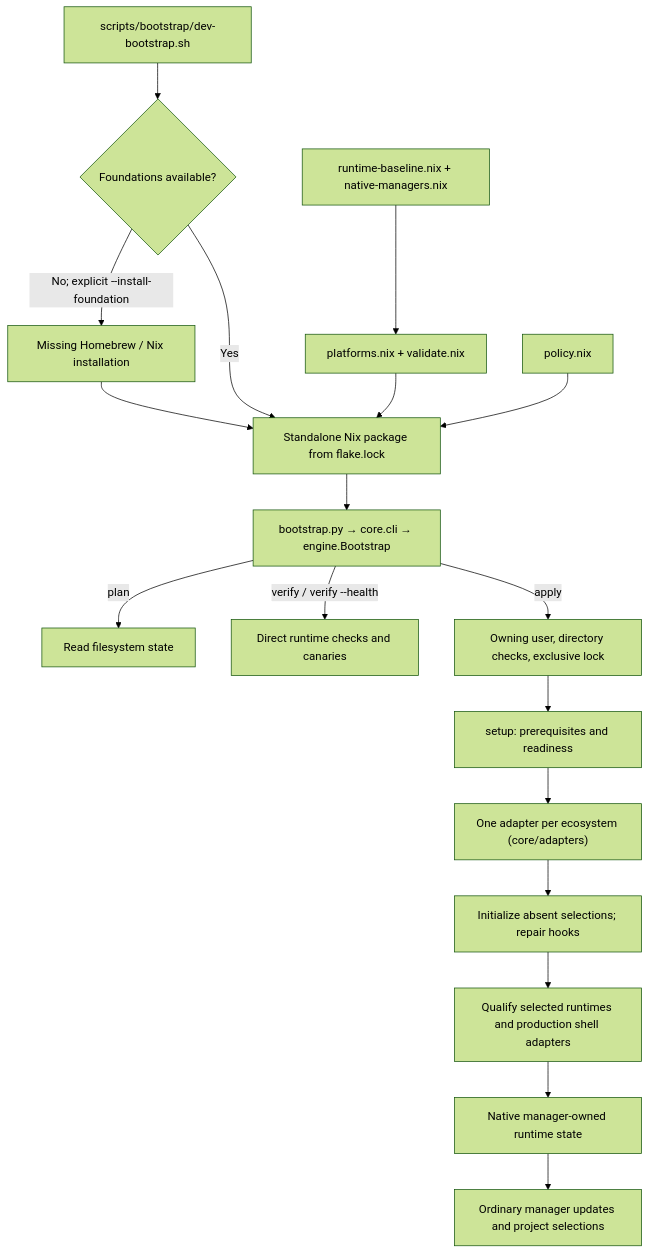
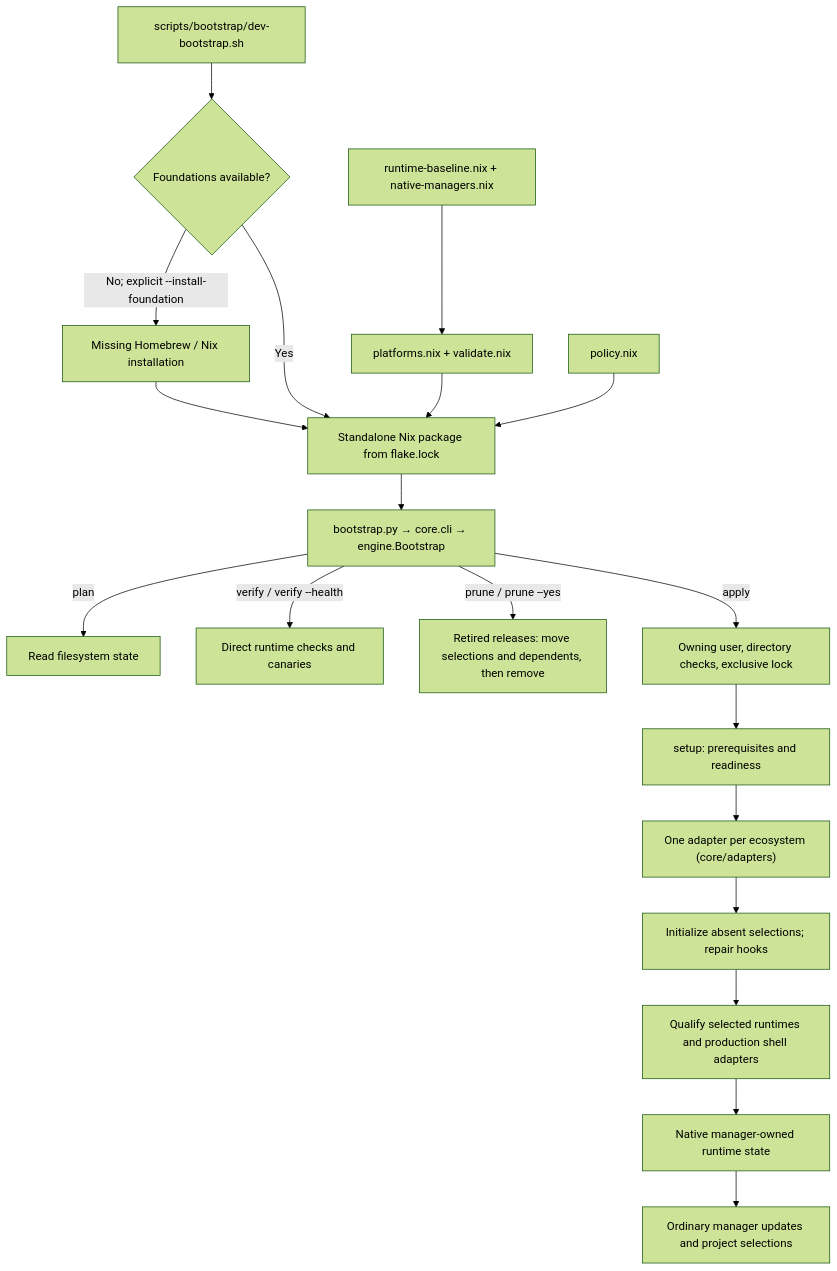
The diagram in home/dev/bootstrap/README.md (LCS-Dev-Ergos/Dotfiles), drawn with Mermaid (forest theme) before and after one commit. The commit also changed other lines of this file and 17 other files, not shown here.

First line of the commit message:
feat(dev-bootstrap): Remove the installed releases the baseline retired.

````diff
--- a/home/dev/bootstrap/README.md
+++ b/home/dev/bootstrap/README.md
@@ -32,20 +32,21 @@
 ```mermaid
 flowchart TD
     Entry["scripts/bootstrap/dev-bootstrap.sh"] --> Foundation{"Foundations available?"}
     Foundation -->|No; explicit --install-foundation| Foundations["Missing Homebrew / Nix installation"]
     Foundations --> Package
     Foundation -->|Yes| Package["Standalone Nix package from flake.lock"]
     Baseline["runtime-baseline.nix + native-managers.nix"] --> Validation["platforms.nix + validate.nix"]
     Validation --> Package
     Policy["policy.nix"] --> Package
     Package --> CLI["bootstrap.py → core.cli → engine.Bootstrap"]
     CLI -->|plan| Inspect["Read filesystem state"]
     CLI -->|verify / verify --health| Verify["Direct runtime checks and canaries"]
+    CLI -->|prune / prune --yes| Prune["Retired releases: move selections and dependents, then remove"]
     CLI -->|apply| Guard["Owning user, directory checks, exclusive lock"]
     Guard --> Setup["setup: prerequisites and readiness"]
     Setup --> Adapters["One adapter per ecosystem (core/adapters)"]
     Adapters --> Defaults["Initialize absent selections; repair hooks"]
     Defaults --> Shell["Qualify selected runtimes and production shell adapters"]
     Shell --> Native["Native manager-owned runtime state"]
     Native --> Updates["Ordinary manager updates and project selections"]
 ```
````
